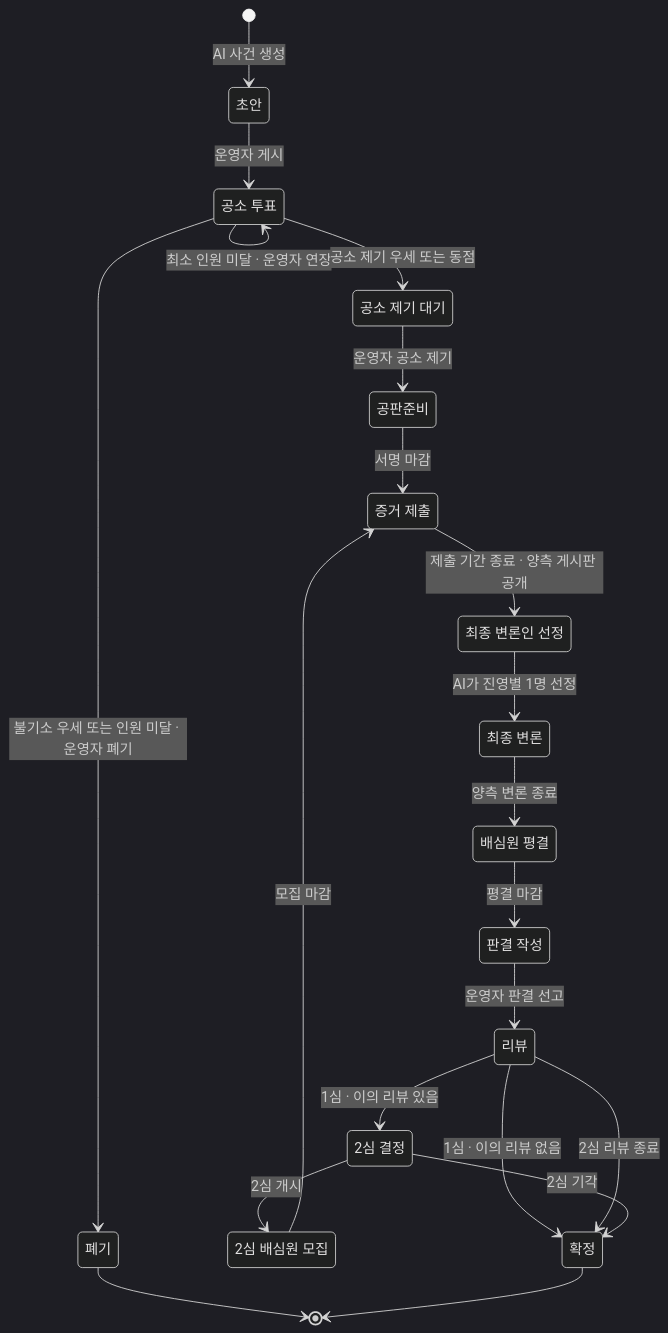
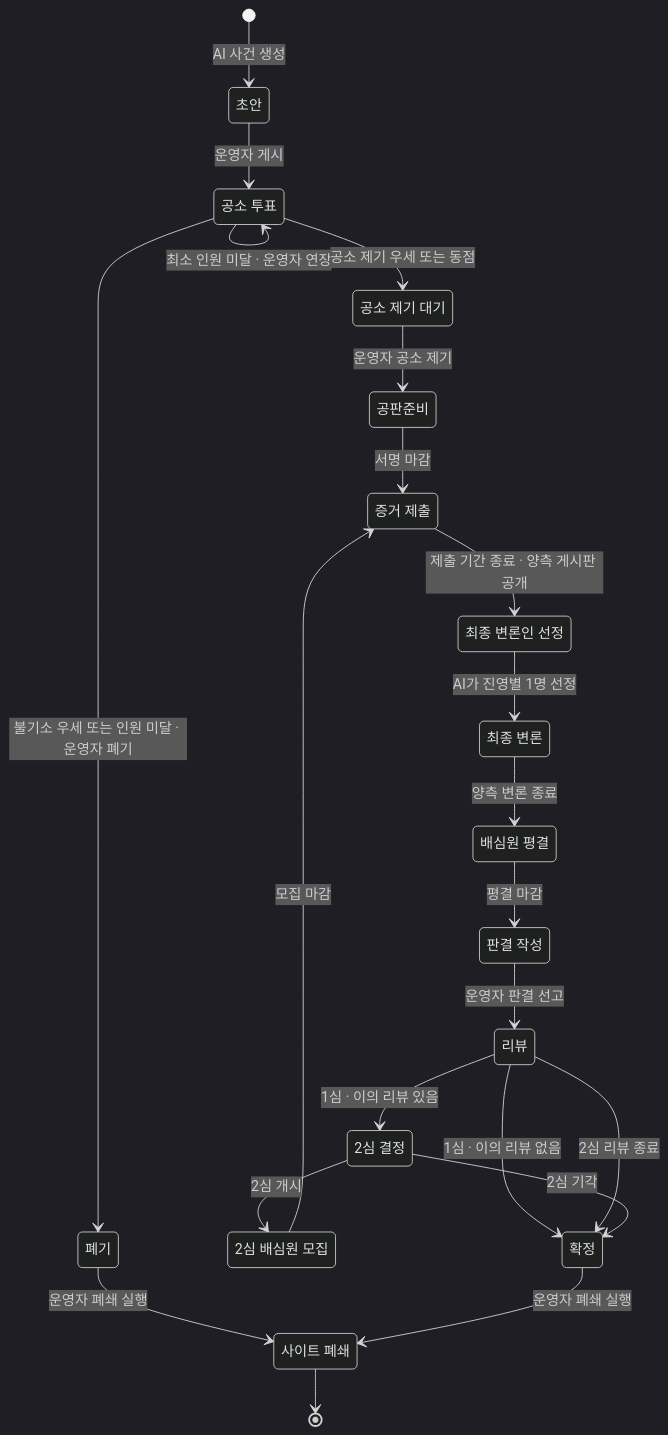
The first of 2 diagrams in docs/02-case-lifecycle.md (Code-Name-JS/virtual-courtroom), drawn with Mermaid (dark theme) before and after one commit. The commit also changed other lines of this file and 3 other files, not shown here.

````diff
--- a/docs/02-case-lifecycle.md
+++ b/docs/02-case-lifecycle.md
@@ -9,38 +11,40 @@
 ```mermaid
 stateDiagram-v2
     state "초안" as DRAFT
     state "공소 투표" as INDICTMENT_VOTE
     state "폐기" as DISMISSED
     state "공소 제기 대기" as INDICTMENT_PENDING
     state "공판준비" as PRETRIAL
     state "증거 제출" as EVIDENCE
     state "최종 변론인 선정" as ADVOCATE_SELECTION
     state "최종 변론" as FINAL_ARGUMENT
     state "배심원 평결" as DELIBERATION
     state "판결 작성" as SENTENCING
     state "리뷰" as REVIEW
     state "2심 결정" as APPEAL_DECISION
     state "2심 배심원 모집" as APPEAL_RECRUITMENT
     state "확정" as FINALIZED
+    state "사이트 폐쇄" as SITE_CLOSED
 
     [*] --> DRAFT: AI 사건 생성
     DRAFT --> INDICTMENT_VOTE: 운영자 게시
     INDICTMENT_VOTE --> INDICTMENT_VOTE: 최소 인원 미달 · 운영자 연장
     INDICTMENT_VOTE --> DISMISSED: 불기소 우세 또는 인원 미달 · 운영자 폐기
     INDICTMENT_VOTE --> INDICTMENT_PENDING: 공소 제기 우세 또는 동점
     INDICTMENT_PENDING --> PRETRIAL: 운영자 공소 제기
     PRETRIAL --> EVIDENCE: 서명 마감
     EVIDENCE --> ADVOCATE_SELECTION: 제출 기간 종료 · 양측 게시판 공개
     ADVOCATE_SELECTION --> FINAL_ARGUMENT: AI가 진영별 1명 선정
     FINAL_ARGUMENT --> DELIBERATION: 양측 변론 종료
     DELIBERATION --> SENTENCING: 평결 마감
     SENTENCING --> REVIEW: 운영자 판결 선고
     REVIEW --> APPEAL_DECISION: 1심 · 이의 리뷰 있음
     REVIEW --> FINALIZED: 1심 · 이의 리뷰 없음
     REVIEW --> FINALIZED: 2심 리뷰 종료
     APPEAL_DECISION --> APPEAL_RECRUITMENT: 2심 개시
     APPEAL_DECISION --> FINALIZED: 2심 기각
     APPEAL_RECRUITMENT --> EVIDENCE: 모집 마감
-    DISMISSED --> [*]
-    FINALIZED --> [*]
+    DISMISSED --> SITE_CLOSED: 운영자 폐쇄 실행
+    FINALIZED --> SITE_CLOSED: 운영자 폐쇄 실행
+    SITE_CLOSED --> [*]
 ```
````
